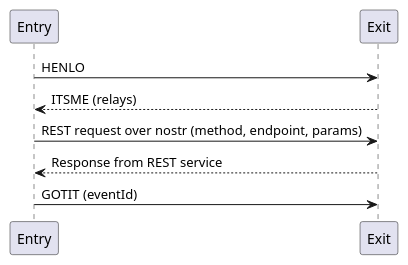
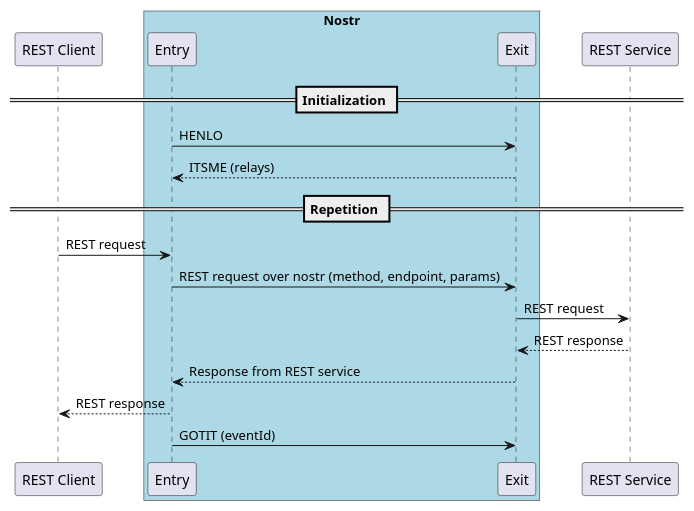
The diagram in docs/control_flow.puml (frodrik-froggo/nostrest), drawn with PlantUML before and after one commit.

Commit message:
update control flow puml

```diff
--- a/docs/control_flow.puml
+++ b/docs/control_flow.puml
@@ -1,9 +1,22 @@
 @startuml
+participant "REST Client"
+box "Nostr" #LightBlue
+participant Entry
+participant Exit
+end box
+participant "REST Service"
+
+== Initialization ==
 Entry -> Exit: HENLO
 Entry <-- Exit: ITSME (relays)
 
+== Repetition ==
+"REST Client" -> Entry: REST request
 Entry -> Exit: REST request over nostr (method, endpoint, params)
+Exit -> "REST Service": REST request
+Exit <-- "REST Service": REST response
 Entry <-- Exit: Response from REST service
+"REST Client" <-- Entry: REST response
 Entry -> Exit: GOTIT (eventId)
 
 @enduml
```
